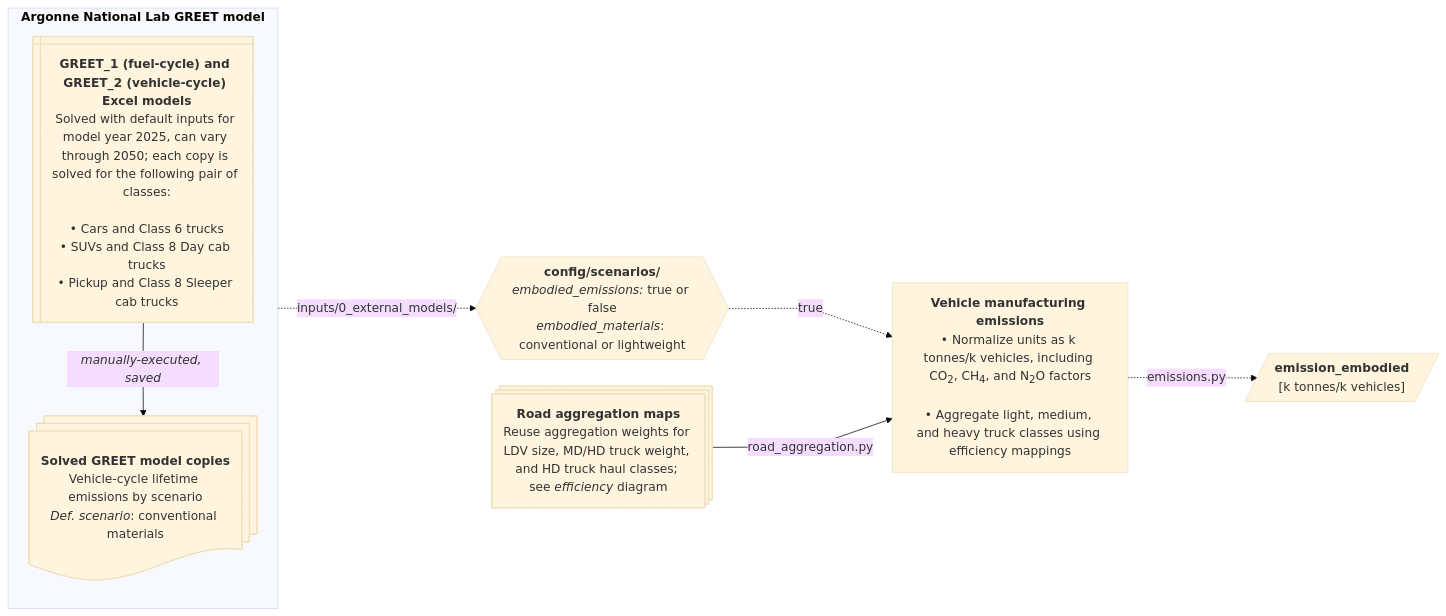
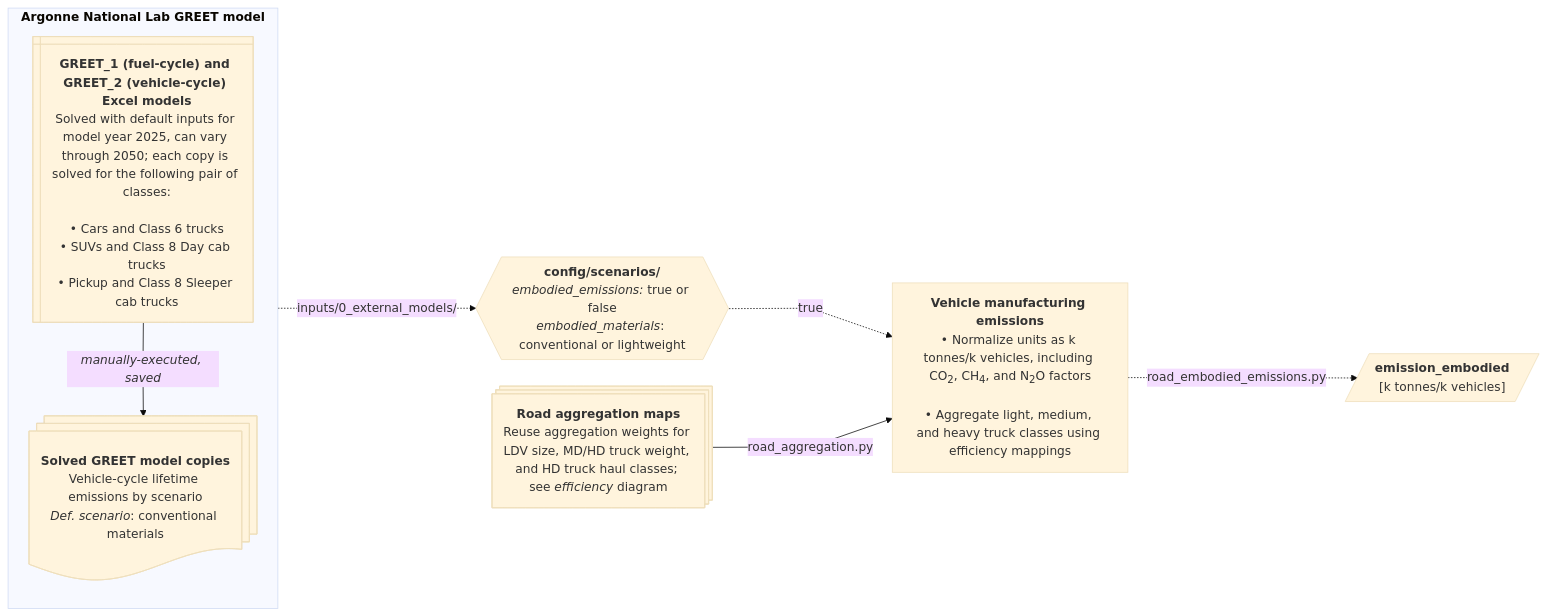
One commit to CANOE-main/canoe-transportation changed the ninth of 12 diagrams in docs/etl_flowcharts.md. Above: the diagram before and after it, drawn with Mermaid (base theme). The commit also changed other lines of this file and 34 other files, not shown here.

````diff
--- a/docs/etl_flowcharts.md
+++ b/docs/etl_flowcharts.md
@@ -774,45 +800,45 @@
 ```mermaid
 ---
 config:
   layout: dagre
   flowchart:
     nodeSpacing: 35
     rankSpacing: 50
     wrappingWidth: 250
     curve: linear
 ---
 flowchart LR
   %% ########### Sources ###########
   subgraph greet["`**Argonne National Lab GREET model**`"]
     s1@{shape: win-pane, label: "**GREET_1 (fuel-cycle) and GREET_2 (vehicle-cycle) Excel models**
       Solved with default inputs for model year 2025, can vary through 2050; each copy is solved for the following pair of classes:<br>
       • Cars and Class 6 trucks
       • SUVs and Class 8 Day cab trucks
       • Pickup and Class 8 Sleeper cab trucks"}
     s3@{shape: docs, label: "**Solved GREET model copies**
       Vehicle-cycle lifetime emissions by scenario
       *Def. scenario*: conventional materials"}
     s1 -- "`*manually-executed, saved*`" --> s3
   end
 
   s2@{shape: processes, label: "**Road aggregation maps**
     Reuse aggregation weights for LDV size, MD/HD truck weight, and HD truck haul classes; see *efficiency* diagram"}
 
   %% ########### Processes ###########
   p1@{shape: hex, label: "**config/scenarios/**
     *embodied_emissions:* true or false
     *embodied_materials*: conventional or lightweight"}
   greet -. inputs/0_external_models/ .-> p1
 
   p2["`**Vehicle manufacturing emissions**
     • Normalize units as k tonnes/k vehicles, including CO<sub>2</sub>, CH<sub>4</sub>, and N<sub>2</sub>O factors<br>
     • Aggregate light, medium, and heavy truck classes using efficiency mappings`"]
   p1 -. true .-> p2
   s2 -- road_aggregation.py --> p2
 
-  p2 -. "emissions.py" .-> o1[/"`**emission_embodied**
+  p2 -. "road_embodied_emissions.py" .-> o1[/"`**emission_embodied**
     [k tonnes/k vehicles]`"/]
 
   %% --- Hyperlinks ---
   click s1 "https://greet.anl.gov/"
 ```
````
